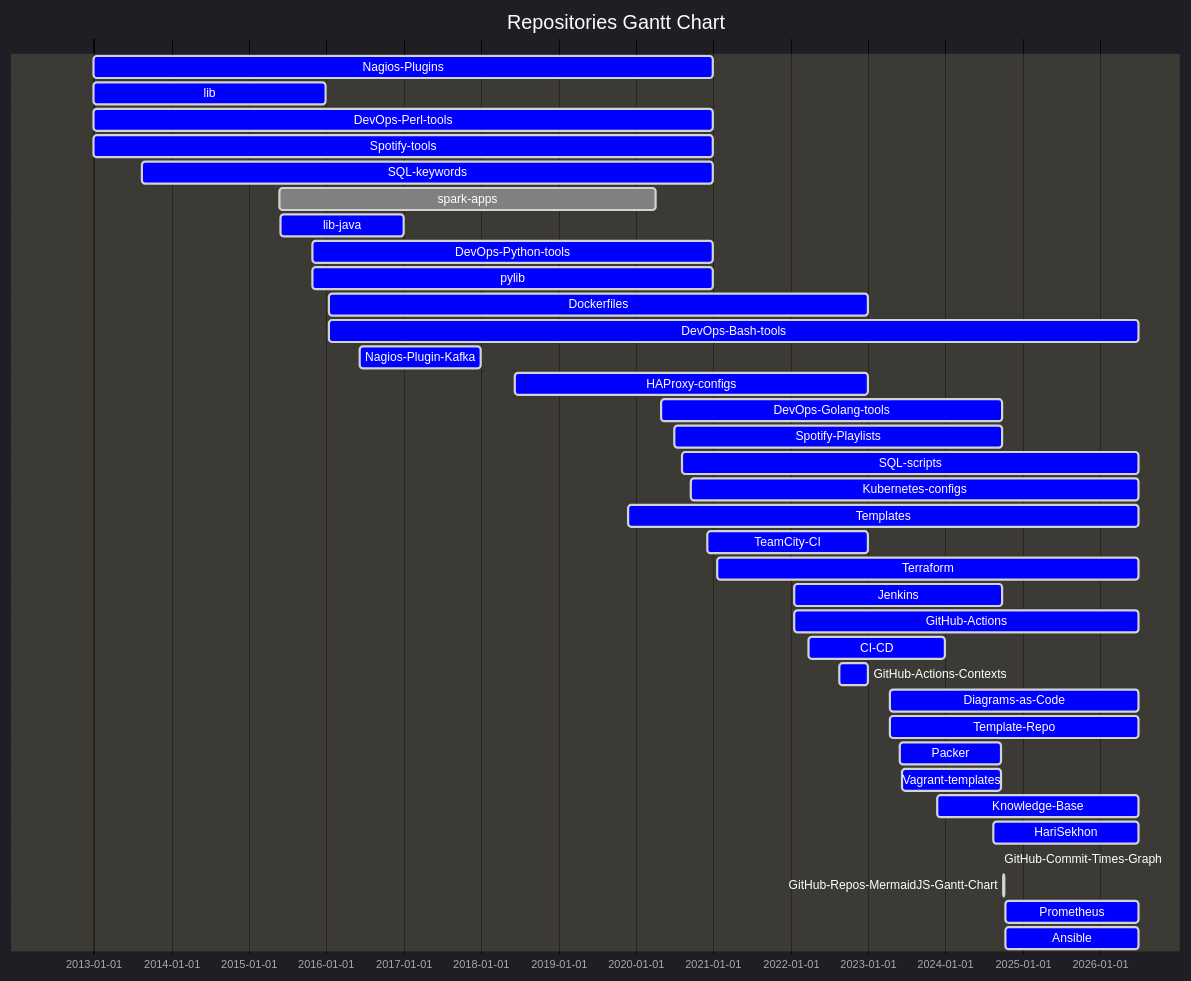
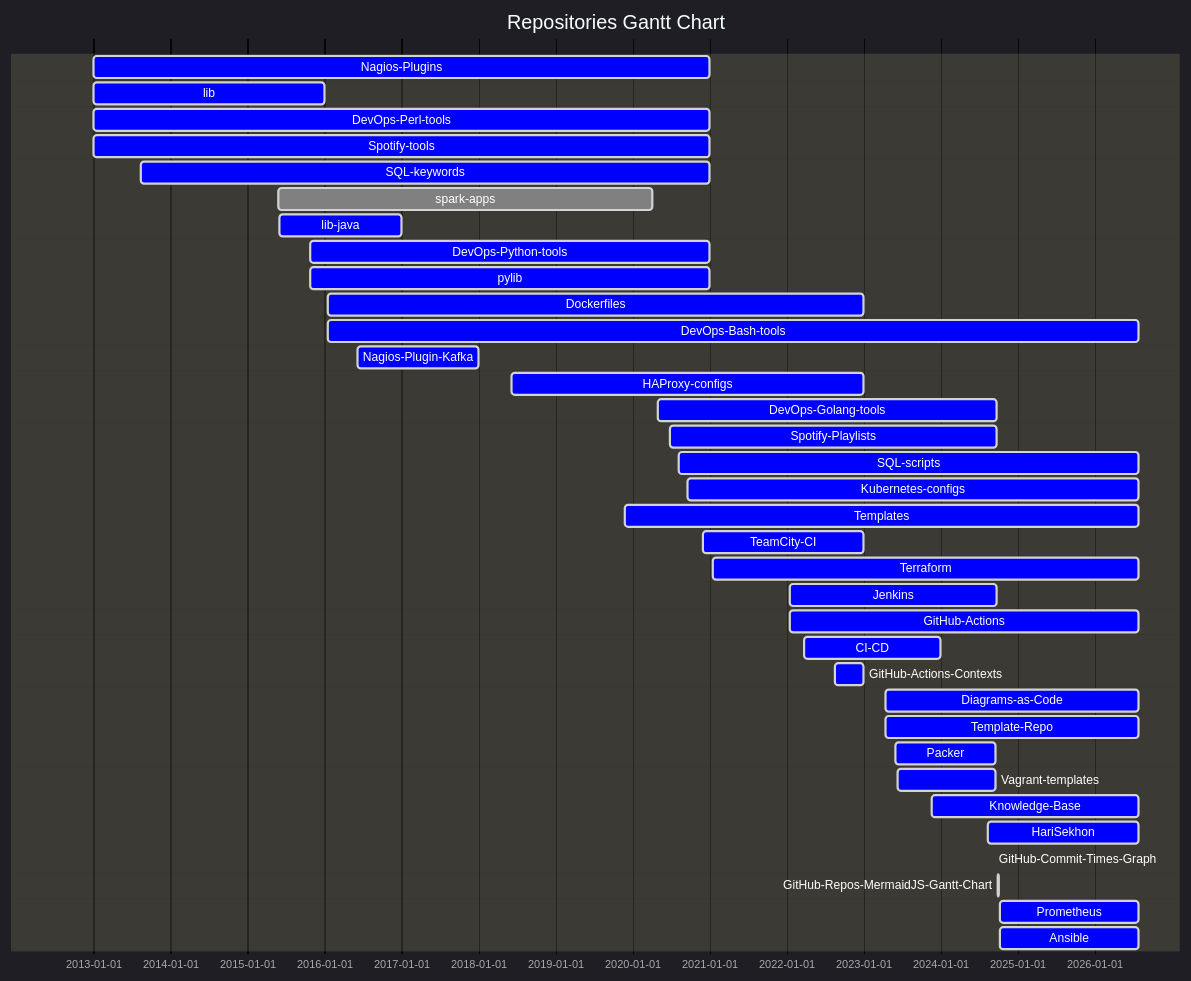
The first of 2 diagrams in README.md (HariSekhon/HariSekhon), drawn with Mermaid before and after one commit. The commit also changed other lines of this file, not shown here.

````diff
--- a/README.md
+++ b/README.md
@@ -1286,58 +1286,58 @@
 ```mermaid
 %%{ init: {
         "topAxis": true,
         "logLevel": "debug",
         'theme': 'dark',
         'themeVariables': {
           'activeTaskBkgColor': '#0000ff',
           'activeTaskBorderColor': 'lightgrey',
           'critBorderColor': 'lightgrey',
           'doneTaskBkgColor': 'grey',
           'doneTaskBorderColor': 'lightgrey',
           'taskBkgColor': 'black',
           'taskBorderColor': 'black',
           'taskTextColor': 'white',
           'taskTextDarkColor': 'white',
           'taskTextLightColor': 'black',
           'todayLineColor': 'red'
         }
     }
 }%%
 gantt
     dateFormat  YYYY-MM-DD
     title Repositories Gantt Chart
     Nagios-Plugins : active, 2012-12-30, 2020-12-31
     lib : active, 2012-12-30, 2015-12-31
     DevOps-Perl-tools : active, 2012-12-30, 2020-12-31
     Spotify-tools : active, 2012-12-30, 2020-12-31
     SQL-keywords : active, 2013-08-13, 2020-12-31
     spark-apps : done, 2015-05-25, 2020-04-02
     lib-java : active, 2015-05-31, 2016-12-31
     DevOps-Python-tools : active, 2015-10-27, 2020-12-31
     pylib : active, 2015-10-27, 2020-12-31
     Dockerfiles : active, 2016-01-17, 2022-12-31
-    DevOps-Bash-tools : active, 2016-01-17, 2026-06-30
+    DevOps-Bash-tools : active, 2016-01-17, 2026-07-30
     Nagios-Plugin-Kafka : active, 2016-06-07, 2017-12-31
     HAProxy-configs : active, 2018-06-08, 2022-12-31
     DevOps-Golang-tools : active, 2020-04-30, 2024-09-22
     Spotify-Playlists : active, 2020-06-29, 2024-09-22
-    SQL-scripts : active, 2020-08-05, 2026-06-30
-    Kubernetes-configs : active, 2020-09-16, 2026-06-30
-    Templates : active, 2019-11-25, 2026-06-30
+    SQL-scripts : active, 2020-08-05, 2026-07-30
+    Kubernetes-configs : active, 2020-09-16, 2026-07-30
+    Templates : active, 2019-11-25, 2026-07-30
     TeamCity-CI : active, 2020-12-03, 2022-12-31
-    Terraform : active, 2021-01-18, 2026-06-30
+    Terraform : active, 2021-01-18, 2026-07-30
     Jenkins : active, 2022-01-17, 2024-09-23
-    GitHub-Actions : active, 2022-01-17, 2026-06-30
+    GitHub-Actions : active, 2022-01-17, 2026-07-30
     CI-CD : active, 2022-03-25, 2023-12-31
     GitHub-Actions-Contexts : active, 2022-08-17, 2022-12-31
-    Diagrams-as-Code : active, 2023-04-14, 2026-06-30
-    Template-Repo : active, 2023-04-15, 2026-06-30
+    Diagrams-as-Code : active, 2023-04-14, 2026-07-30
+    Template-Repo : active, 2023-04-15, 2026-07-30
     Packer : active, 2023-06-02, 2024-09-21
     Vagrant-templates : active, 2023-06-12, 2024-09-21
-    Knowledge-Base : active, 2023-11-22, 2026-06-30
-    HariSekhon : active, 2024-08-14, 2026-06-30
+    Knowledge-Base : active, 2023-11-22, 2026-07-30
+    HariSekhon : active, 2024-08-14, 2026-07-30
     GitHub-Commit-Times-Graph : active, 2024-09-07, 2024-09-08
     GitHub-Repos-MermaidJS-Gantt-Chart : active, 2024-10-02, 2024-10-03
-    Prometheus : active, 2024-10-08, 2026-06-30
-    Ansible : active, 2024-10-08, 2026-06-30
+    Prometheus : active, 2024-10-08, 2026-07-30
+    Ansible : active, 2024-10-08, 2026-07-30
 ```
````
